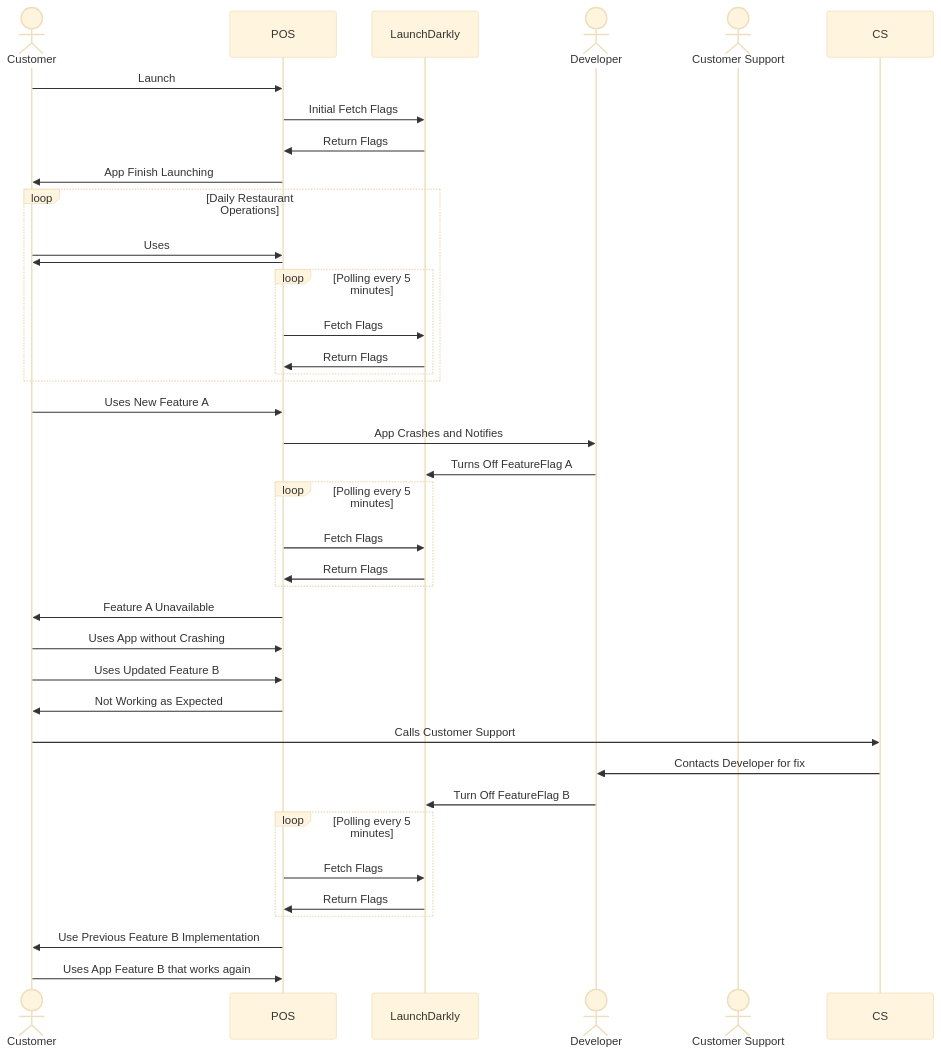
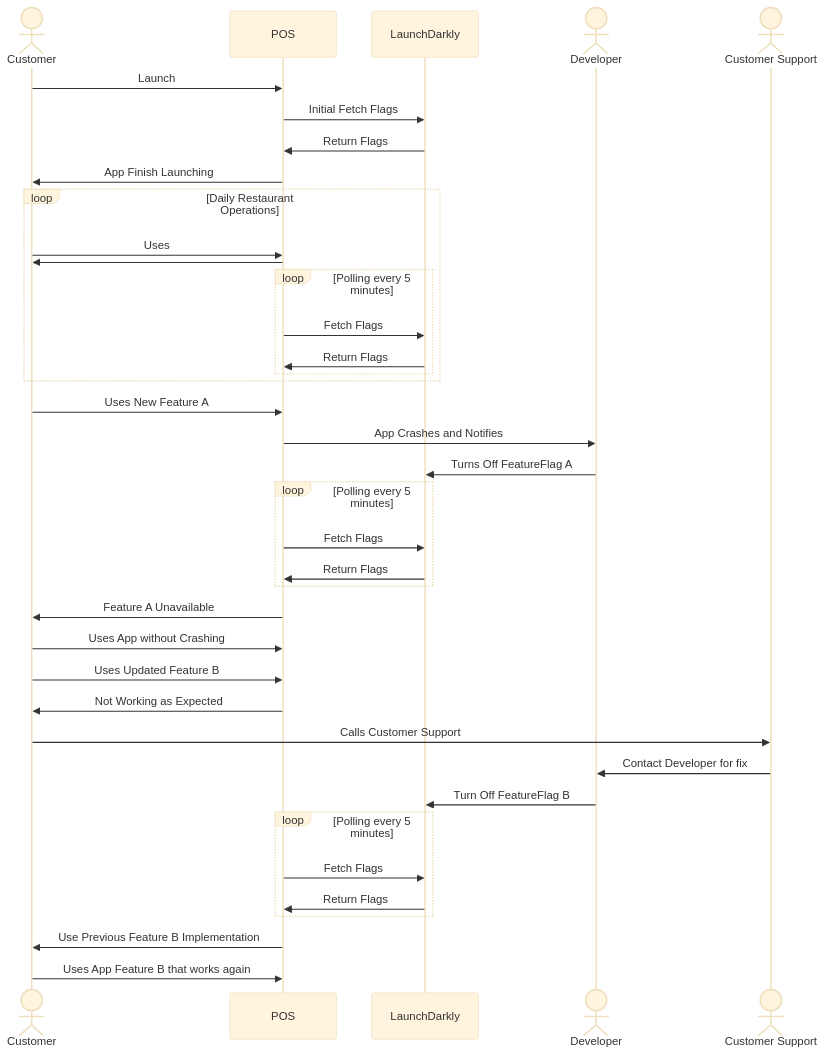
The third of 4 diagrams in FeatureFlag.md (escakot/public-images), drawn with Mermaid (base theme) before and after one commit.

````diff
--- a/FeatureFlag.md
+++ b/FeatureFlag.md
@@ -55,41 +55,41 @@
 ```mermaid
 sequenceDiagram
     actor Customer
     participant POS
     participant LaunchDarkly
     actor Developer
     actor Customer Support
     
     Customer->>POS: Launch
     POS->>LaunchDarkly: Initial Fetch Flags
     LaunchDarkly->>POS: Return Flags
     POS->>Customer: App Finish Launching
     loop Daily Restaurant Operations
         Customer->>POS: Uses 
         POS->>Customer:  
         loop Polling every 5 minutes
             POS->>LaunchDarkly: Fetch Flags
             LaunchDarkly->>POS: Return Flags
         end
     end
     Customer->>POS: Uses New Feature A
     POS->>Developer: App Crashes and Notifies
     Developer->>LaunchDarkly: Turns Off FeatureFlag A
     loop Polling every 5 minutes
         POS->>LaunchDarkly: Fetch Flags
         LaunchDarkly->>POS: Return Flags
     end
     POS->>Customer: Feature A Unavailable
     Customer->>POS: Uses App without Crashing
     Customer->>POS: Uses Updated Feature B
     POS->>Customer: Not Working as Expected
-    Customer->>CS: Calls Customer Support
-    CS->>Developer: Contacts Developer for fix
+    Customer->>Customer Support: Calls Customer Support
+    Customer Support->>Developer: Contact Developer for fix
     Developer->>LaunchDarkly: Turn Off FeatureFlag B
     loop Polling every 5 minutes
         POS->>LaunchDarkly: Fetch Flags
         LaunchDarkly->>POS: Return Flags
     end
     POS->>Customer: Use Previous Feature B Implementation 
     Customer->>POS: Uses App Feature B that works again 
 ```
````
